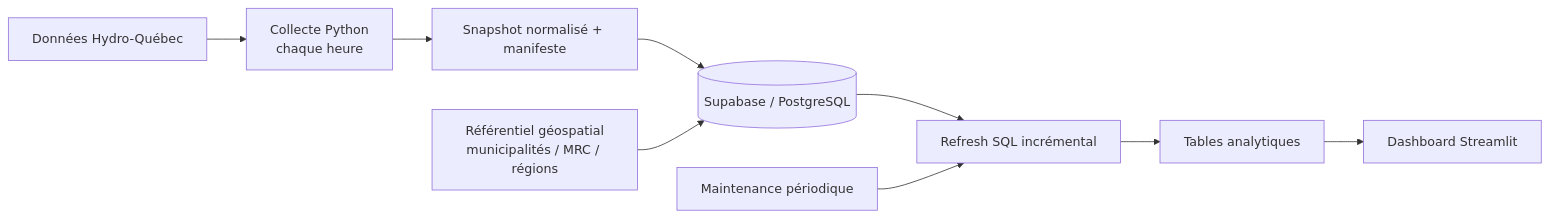
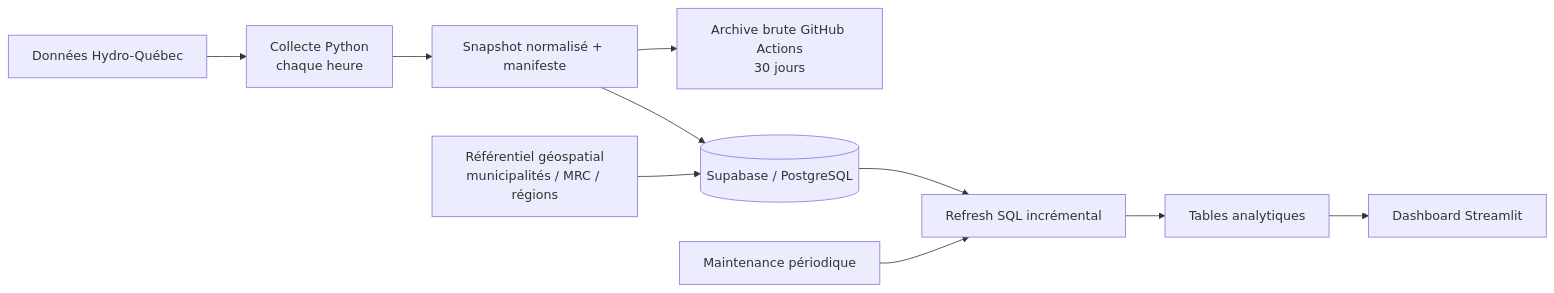
One commit to YannickBoily/ProjetHydro changed the diagram in README.md. Above: the diagram before and after it, drawn with Mermaid. The commit also changed other lines of this file, not shown here.

````diff
--- a/README.md
+++ b/README.md
@@ -11,11 +11,12 @@
 ```mermaid
 flowchart LR
     A[Données Hydro-Québec] --> B[Collecte Python<br/>chaque heure]
     B --> C[Snapshot normalisé + manifeste]
+    C --> H[Archive brute GitHub Actions<br/>30 jours]
     C --> D[(Supabase / PostgreSQL)]
     D --> E[Refresh SQL incrémental]
     E --> F[Tables analytiques]
     F --> G[Dashboard Streamlit]
-    H[Référentiel géospatial<br/>municipalités / MRC / régions] --> D
+    J[Référentiel géospatial<br/>municipalités / MRC / régions] --> D
     I[Maintenance périodique] --> E
 ```
````
